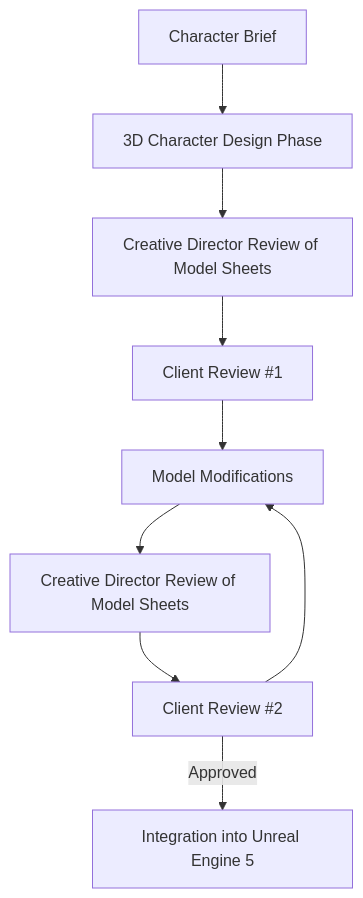
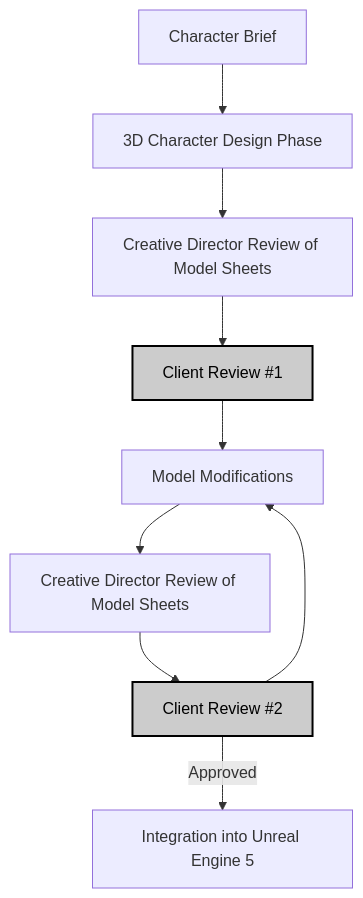
One commit to diamond-one/hybrid-AI-animated-shorts-pipeline changed the diagram in 3d-character-workflow.md. Above: the diagram before and after it, drawn with Mermaid. The commit also changed 3 other files, not shown here.

````diff
--- a/3d-character-workflow.md
+++ b/3d-character-workflow.md
@@ -7,20 +7,23 @@
 ```mermaid
 flowchart TD
     node0["Character Brief"]
     node1["3D Character Design Phase"]
     node1a["Creative Director Review of Model Sheets"]
     node2["Client Review #1"]
     node3["Model Modifications"]
     node3a["Creative Director Review of Model Sheets"]
     node4["Client Review #2"]
     node5["Integration into Unreal Engine 5"]
 
     node0 --> node1
     node1 --> node1a
     node1a --> node2 
     node2 --> node3
     node3 --> node3a
     node3a --> node4 
     node4 --Approved--> node5
     node4 --> node3
+
+    classDef note fill:#ccc,stroke:#000,stroke-width:2px,color:#000;
+    class node2,node4 note;
 ```
````
